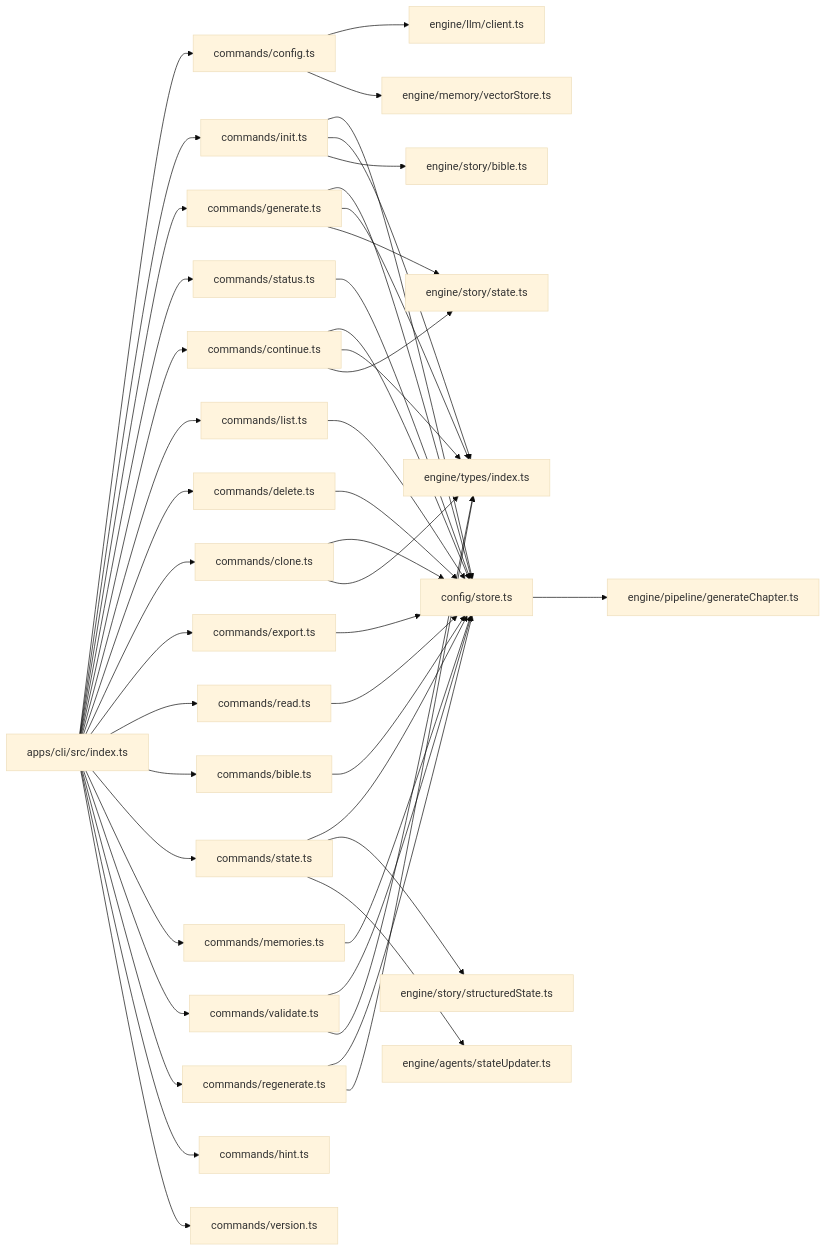
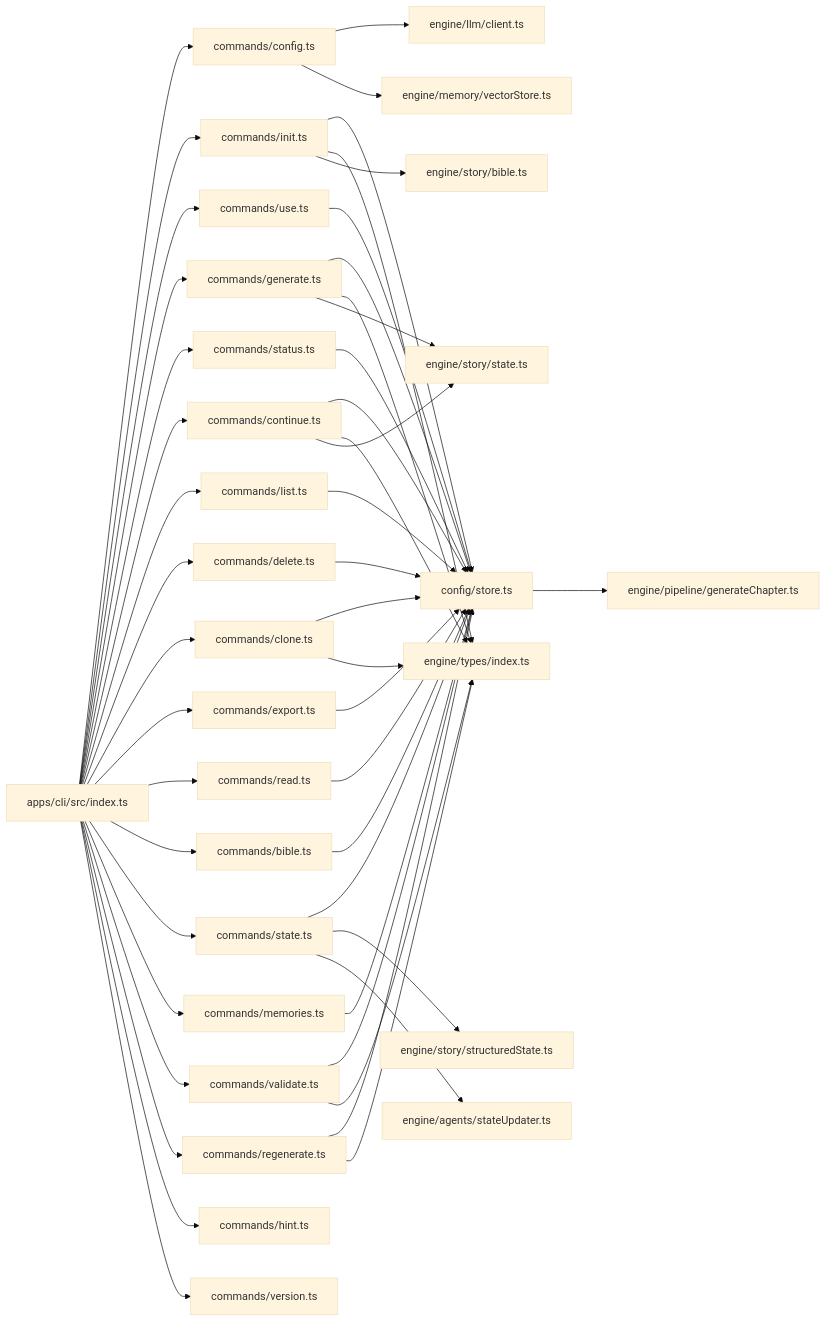
The third of 4 diagrams in .qoder/repowiki/en/content/CLI Command Reference.md (liwonder/NARRITIVE_OS), drawn with Mermaid (base theme) before and after one commit. The commit also changed other lines of this file and 12 other files, not shown here.

````diff
--- a/.qoder/repowiki/en/content/CLI Command Reference.md
+++ b/.qoder/repowiki/en/content/CLI Command Reference.md
@@ -787,48 +864,50 @@
 ```mermaid
 graph LR
 CLI_INDEX["apps/cli/src/index.ts"] --> CMD_CONFIG["commands/config.ts"]
 CLI_INDEX --> CMD_INIT["commands/init.ts"]
+CLI_INDEX --> CMD_USE["commands/use.ts"]
 CLI_INDEX --> CMD_GENERATE["commands/generate.ts"]
 CLI_INDEX --> CMD_STATUS["commands/status.ts"]
 CLI_INDEX --> CMD_CONTINUE["commands/continue.ts"]
 CLI_INDEX --> CMD_LIST["commands/list.ts"]
 CLI_INDEX --> CMD_DELETE["commands/delete.ts"]
 CLI_INDEX --> CMD_CLONE["commands/clone.ts"]
 CLI_INDEX --> CMD_EXPORT["commands/export.ts"]
 CLI_INDEX --> CMD_READ["commands/read.ts"]
 CLI_INDEX --> CMD_BIBLE["commands/bible.ts"]
 CLI_INDEX --> CMD_STATE["commands/state.ts"]
 CLI_INDEX --> CMD_MEMORIES["commands/memories.ts"]
 CLI_INDEX --> CMD_VALIDATE["commands/validate.ts"]
 CLI_INDEX --> CMD_REGENERATE["commands/regenerate.ts"]
 CLI_INDEX --> CMD_HINT["commands/hint.ts"]
 CLI_INDEX --> CMD_VERSION["commands/version.ts"]
 CMD_INIT --> STORE["config/store.ts"]
+CMD_USE --> STORE
 CMD_GENERATE --> STORE
 CMD_STATUS --> STORE
 CMD_CONTINUE --> STORE
 CMD_LIST --> STORE
 CMD_DELETE --> STORE
 CMD_CLONE --> STORE
 CMD_EXPORT --> STORE
 CMD_READ --> STORE
 CMD_BIBLE --> STORE
 CMD_STATE --> STORE
 CMD_MEMORIES --> STORE
 CMD_VALIDATE --> STORE
 CMD_REGENERATE --> STORE
 CMD_INIT --> TYPES["engine/types/index.ts"]
 CMD_GENERATE --> TYPES
 CMD_CONTINUE --> TYPES
 CMD_CLONE --> TYPES
 CMD_REGENERATE --> TYPES
 CMD_VALIDATE --> TYPES
 CMD_INIT --> STORY_BIBLE["engine/story/bible.ts"]
 CMD_GENERATE --> STORY_STATE["engine/story/state.ts"]
 CMD_CONTINUE --> STORY_STATE
 CMD_STATE --> STRUCTURED_STATE["engine/story/structuredState.ts"]
 CMD_STATE --> STATE_UPDATER["engine/agents/stateUpdater.ts"]
 CMD_CONFIG --> ENGINE_CLIENT["engine/llm/client.ts"]
 CMD_CONFIG --> VECTOR_STORE["engine/memory/vectorStore.ts"]
 STORE --> GENERATE_PIPELINE["engine/pipeline/generateChapter.ts"]
 ```
````
